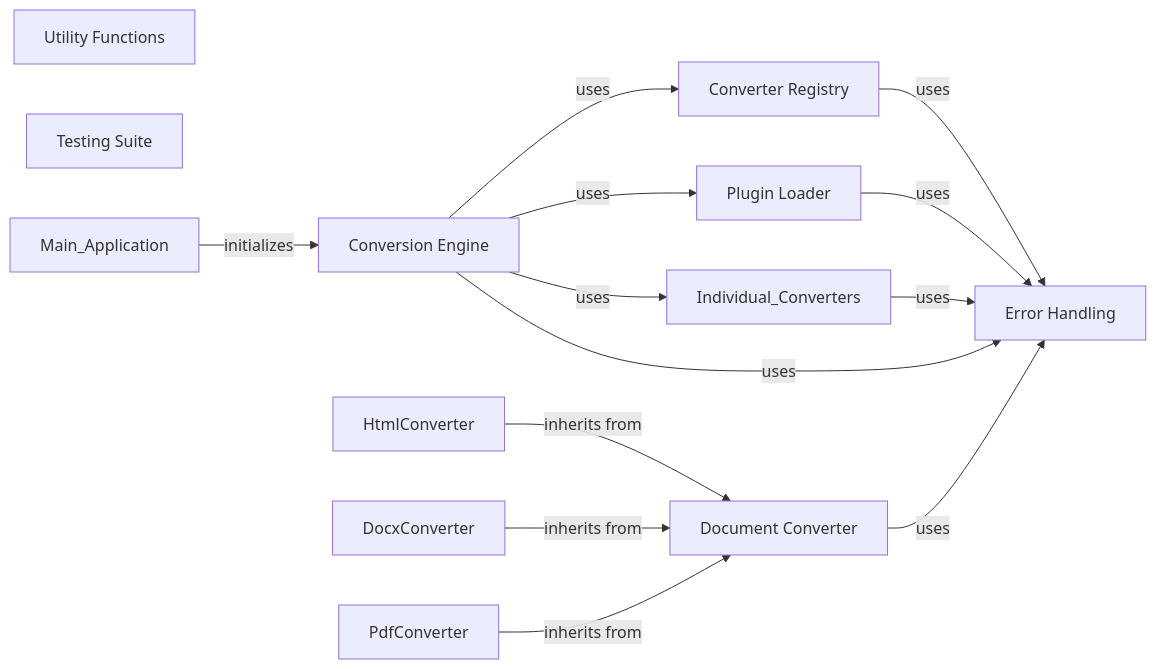
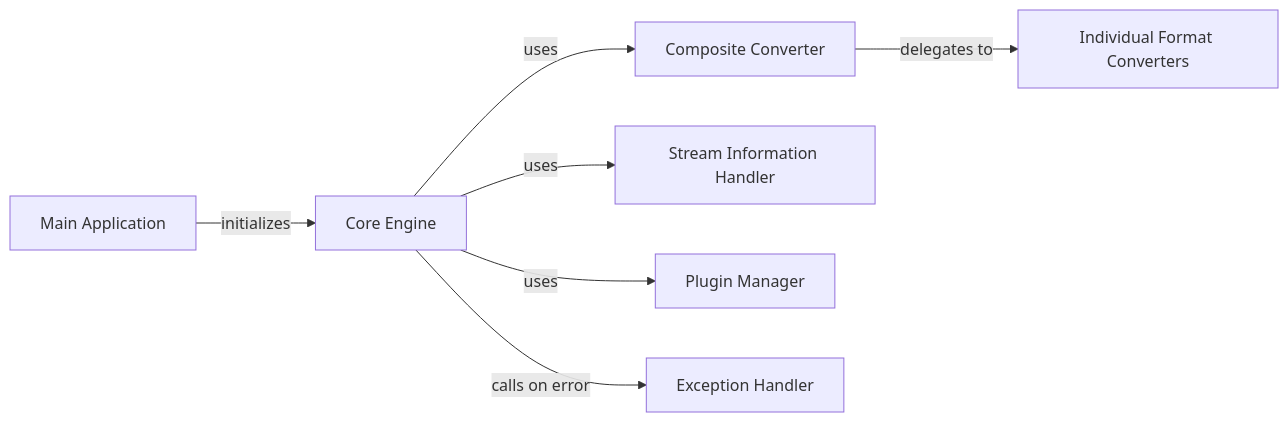
One commit to CodeBoarding/GeneratedOnBoardings changed the diagram in markitdown/on_boarding.md. Above: the diagram before and after it, drawn with Mermaid. The commit also changed other lines of this file and 3 other files, not shown here.

````diff
--- a/markitdown/on_boarding.md
+++ b/markitdown/on_boarding.md
@@ -1,24 +1,17 @@
 ```mermaid
 graph LR
-    Conversion_Engine["Conversion Engine"]
-    Converter_Registry["Converter Registry"]
-    Document_Converter["Document Converter"]
-    Plugin_Loader["Plugin Loader"]
-    Error_Handling["Error Handling"]
-    Utility_Functions["Utility Functions"]
-    Testing_Suite["Testing Suite"]
-    Conversion_Engine -- "uses" --> Converter_Registry
-    Conversion_Engine -- "uses" --> Plugin_Loader
-    HtmlConverter -- "inherits from" --> Document_Converter
-    DocxConverter -- "inherits from" --> Document_Converter
-    PdfConverter -- "inherits from" --> Document_Converter
-    Conversion_Engine -- "uses" --> Individual_Converters
-    Main_Application -- "initializes" --> Conversion_Engine
-    Conversion_Engine -- "uses" --> Error_Handling
-    Converter_Registry -- "uses" --> Error_Handling
-    Document_Converter -- "uses" --> Error_Handling
-    Plugin_Loader -- "uses" --> Error_Handling
-    Individual_Converters -- "uses" --> Error_Handling
-    click Conversion_Engine href "https://github.com/CodeBoarding/GeneratedOnBoardings/blob/main//markitdown/Conversion_Engine.md" "Details"
-    click Testing_Suite href "https://github.com/CodeBoarding/GeneratedOnBoardings/blob/main//markitdown/Testing_Suite.md" "Details"
+    Core_Engine["Core Engine"]
+    Composite_Converter["Composite Converter"]
+    Individual_Format_Converters["Individual Format Converters"]
+    Stream_Information_Handler["Stream Information Handler"]
+    Plugin_Manager["Plugin Manager"]
+    Exception_Handler["Exception Handler"]
+    Main_Application["Main Application"]
+    Main_Application -- "initializes" --> Core_Engine
+    Core_Engine -- "uses" --> Composite_Converter
+    Core_Engine -- "uses" --> Stream_Information_Handler
+    Core_Engine -- "uses" --> Plugin_Manager
+    Composite_Converter -- "delegates to" --> Individual_Format_Converters
+    Core_Engine -- "calls on error" --> Exception_Handler
+    click Core_Engine href "https://github.com/CodeBoarding/GeneratedOnBoardings/blob/main//markitdown/Core_Engine.md" "Details"
 ```
````
